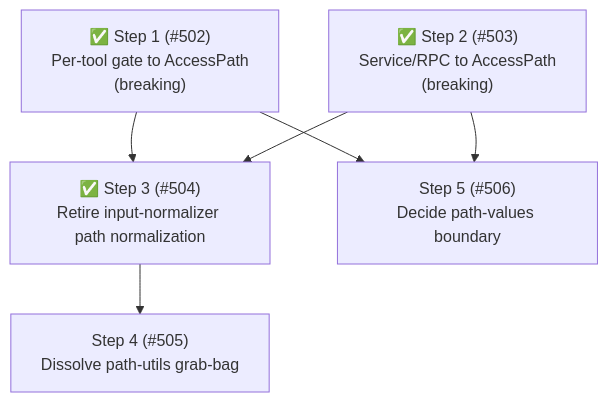
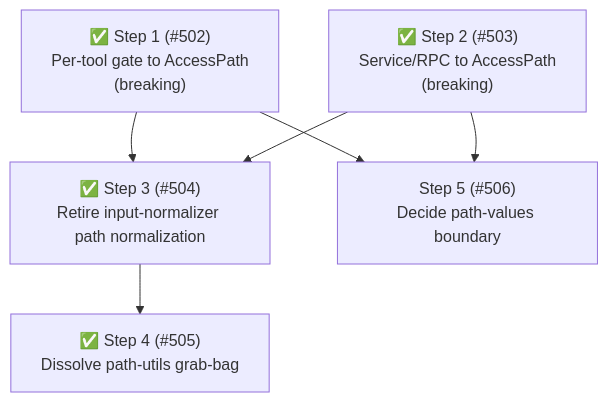
Before and after one commit to whaoa/forked-gotgenes-pi-packages: the fourth of 4 diagrams in packages/pi-permission-system/docs/architecture/architecture.md, drawn with Mermaid. The commit also changed other lines of this file and 1 other file, not shown here.

Commit message:
docs(pi-permission-system): record path-utils dissolution (Phase 7 Step 4)

````diff
--- a/packages/pi-permission-system/docs/architecture/architecture.md
+++ b/packages/pi-permission-system/docs/architecture/architecture.md
@@ -832,14 +838,14 @@
 ```mermaid
 flowchart TD
     S1["✅ Step 1 (#502)<br/>Per-tool gate to AccessPath<br/>(breaking)"]
     S2["✅ Step 2 (#503)<br/>Service/RPC to AccessPath<br/>(breaking)"]
     S3["✅ Step 3 (#504)<br/>Retire input-normalizer path normalization"]
-    S4["Step 4 (#505)<br/>Dissolve path-utils grab-bag"]
+    S4["✅ Step 4 (#505)<br/>Dissolve path-utils grab-bag"]
     S5["Step 5 (#506)<br/>Decide path-values boundary"]
 
     S1 --> S3
     S2 --> S3
     S3 --> S4
     S1 --> S5
     S2 --> S5
 ```
````
